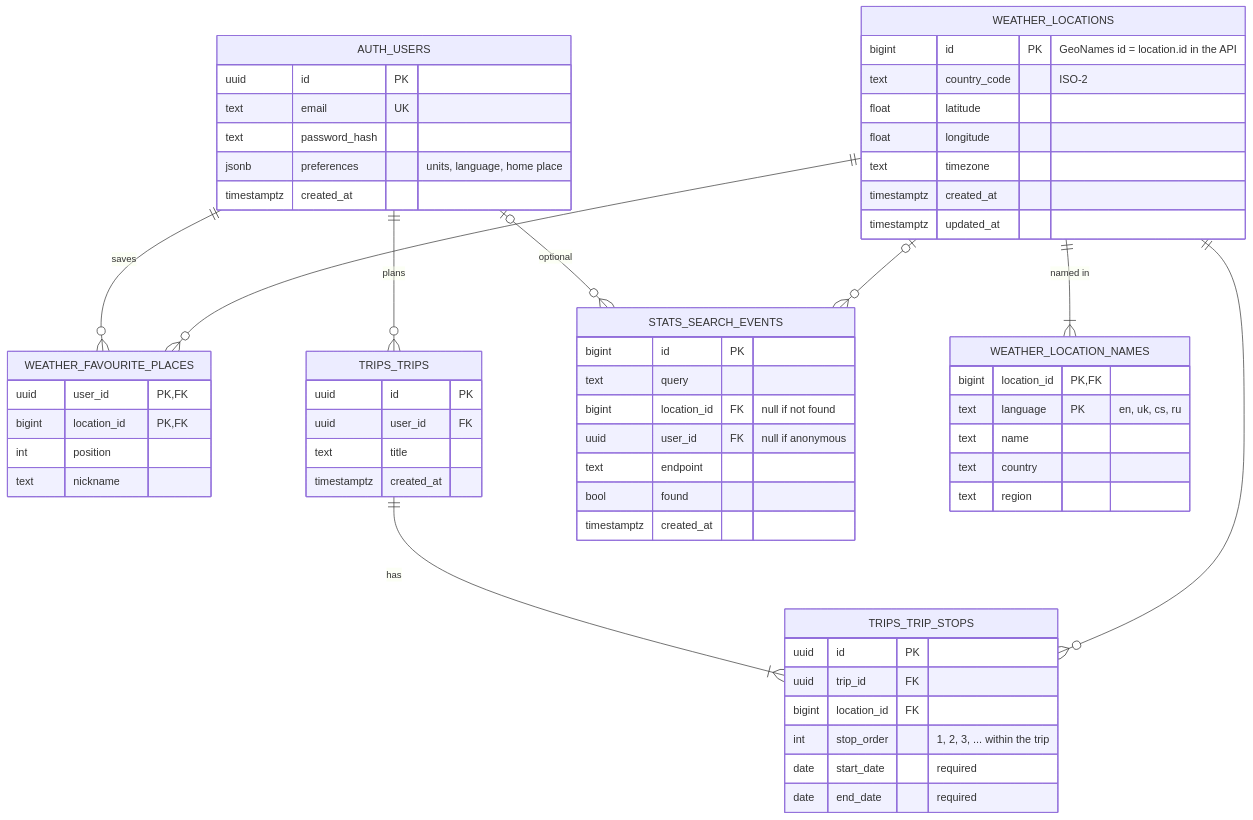
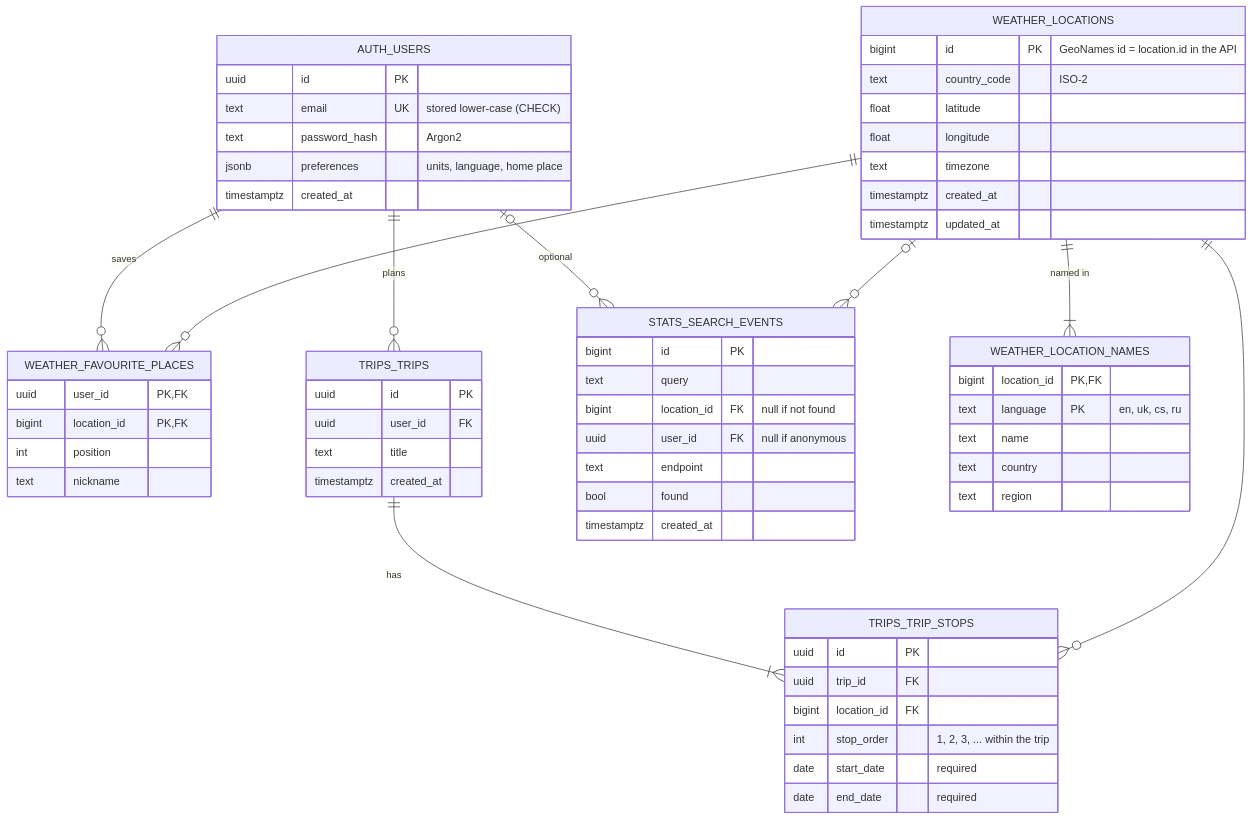
The seventh of 9 diagrams in ARCHITECTURE.md (loktiyur/weather_forecaster), drawn with Mermaid before and after one commit. The commit also changed other lines of this file and 26 other files, not shown here.

````diff
--- a/ARCHITECTURE.md
+++ b/ARCHITECTURE.md
@@ -481,64 +483,64 @@
 ```mermaid
 erDiagram
     AUTH_USERS ||--o{ WEATHER_FAVOURITE_PLACES : saves
     AUTH_USERS ||--o{ TRIPS_TRIPS : plans
     AUTH_USERS |o--o{ STATS_SEARCH_EVENTS : "optional"
     TRIPS_TRIPS ||--|{ TRIPS_TRIP_STOPS : has
     WEATHER_LOCATIONS ||--|{ WEATHER_LOCATION_NAMES : "named in"
     WEATHER_LOCATIONS ||--o{ WEATHER_FAVOURITE_PLACES : ""
     WEATHER_LOCATIONS ||--o{ TRIPS_TRIP_STOPS : ""
     WEATHER_LOCATIONS |o--o{ STATS_SEARCH_EVENTS : ""
 
     AUTH_USERS {
         uuid id PK
-        text email UK
-        text password_hash
+        text email UK "stored lower-case (CHECK)"
+        text password_hash "Argon2"
         jsonb preferences "units, language, home place"
         timestamptz created_at
     }
     WEATHER_LOCATIONS {
         bigint id PK "GeoNames id = location.id in the API"
         text country_code "ISO-2"
         float latitude
         float longitude
         text timezone
         timestamptz created_at
         timestamptz updated_at
     }
     WEATHER_LOCATION_NAMES {
         bigint location_id PK, FK
         text language PK "en, uk, cs, ru"
         text name
         text country
         text region
     }
     WEATHER_FAVOURITE_PLACES {
         uuid user_id PK, FK
         bigint location_id PK, FK
         int position
         text nickname
     }
     TRIPS_TRIPS {
         uuid id PK
         uuid user_id FK
         text title
         timestamptz created_at
     }
     TRIPS_TRIP_STOPS {
         uuid id PK
         uuid trip_id FK
         bigint location_id FK
         int stop_order "1, 2, 3, ... within the trip"
         date start_date "required"
         date end_date "required"
     }
     STATS_SEARCH_EVENTS {
         bigint id PK
         text query
         bigint location_id FK "null if not found"
         uuid user_id FK "null if anonymous"
         text endpoint
         bool found
         timestamptz created_at
     }
 ```
````
